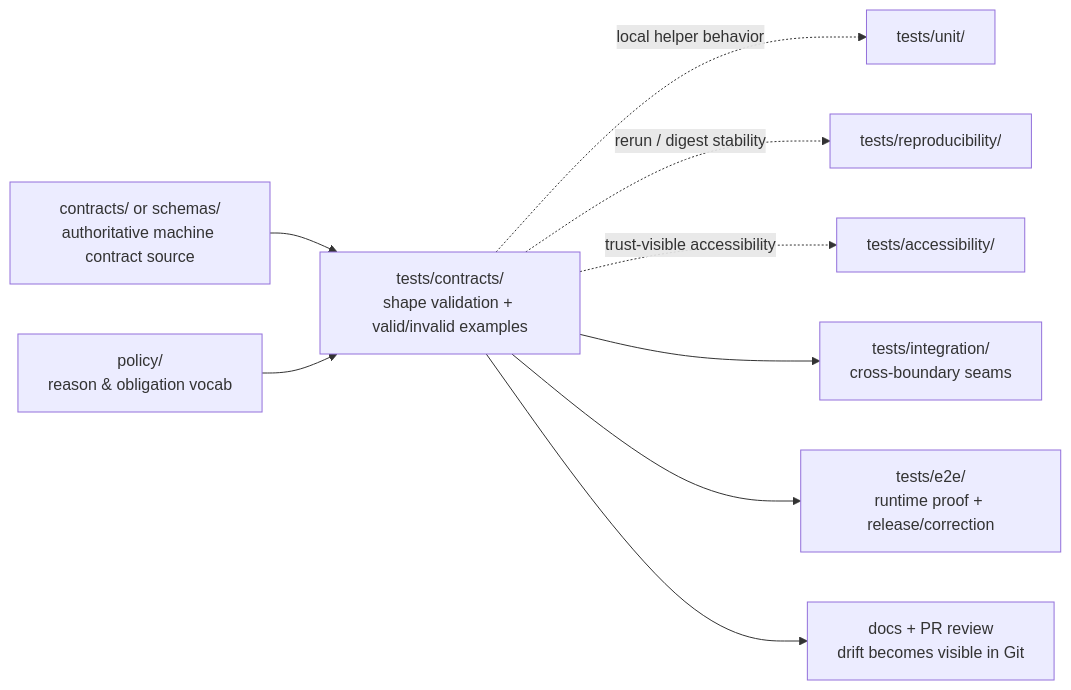
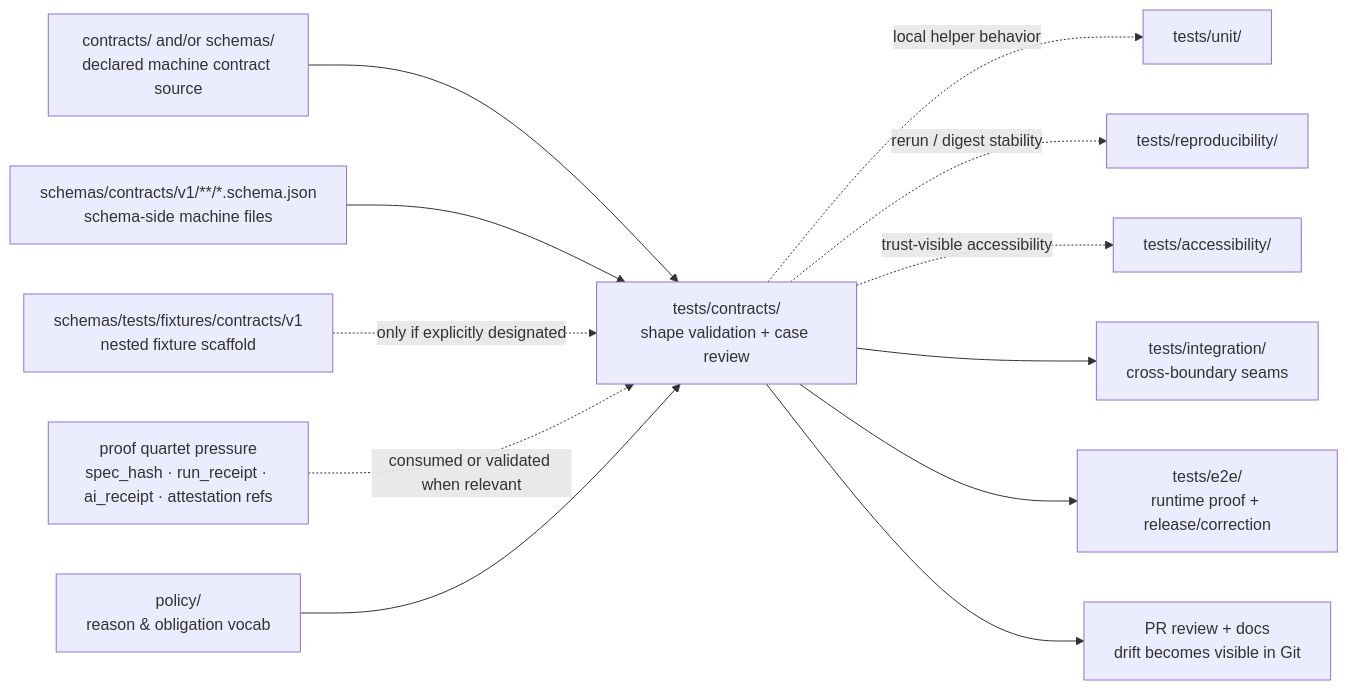
Before and after one commit to bartytime4life/Kansas-Frontier-Matrix: the diagram in tests/contracts/README.md, drawn with Mermaid. The commit also changed other lines of this file, not shown here.

````diff
--- a/tests/contracts/README.md
+++ b/tests/contracts/README.md
@@ -411,11 +541,14 @@
 ```mermaid
 flowchart LR
-    A[contracts/ or schemas/<br/>authoritative machine contract source] --> C[tests/contracts/<br/>shape validation + valid/invalid examples]
+    D[contracts/ and/or schemas/<br/>declared machine contract source] --> C[tests/contracts/<br/>shape validation + case review]
+    S[schemas/contracts/v1/**/*.schema.json<br/>schema-side machine files] --> C
+    F[schemas/tests/fixtures/contracts/v1<br/>nested fixture scaffold] -. only if explicitly designated .-> C
+    Q[proof quartet pressure<br/>spec_hash · run_receipt · ai_receipt · attestation refs] -. consumed or validated when relevant .-> C
     P[policy/<br/>reason & obligation vocab] --> C
     C -. local helper behavior .-> U[tests/unit/]
     C -. rerun / digest stability .-> R[tests/reproducibility/]
     C -. trust-visible accessibility .-> X[tests/accessibility/]
     C --> I[tests/integration/<br/>cross-boundary seams]
     C --> E[tests/e2e/<br/>runtime proof + release/correction]
-    C --> D[docs + PR review<br/>drift becomes visible in Git]
+    C --> G[PR review + docs<br/>drift becomes visible in Git]
 ```
````
